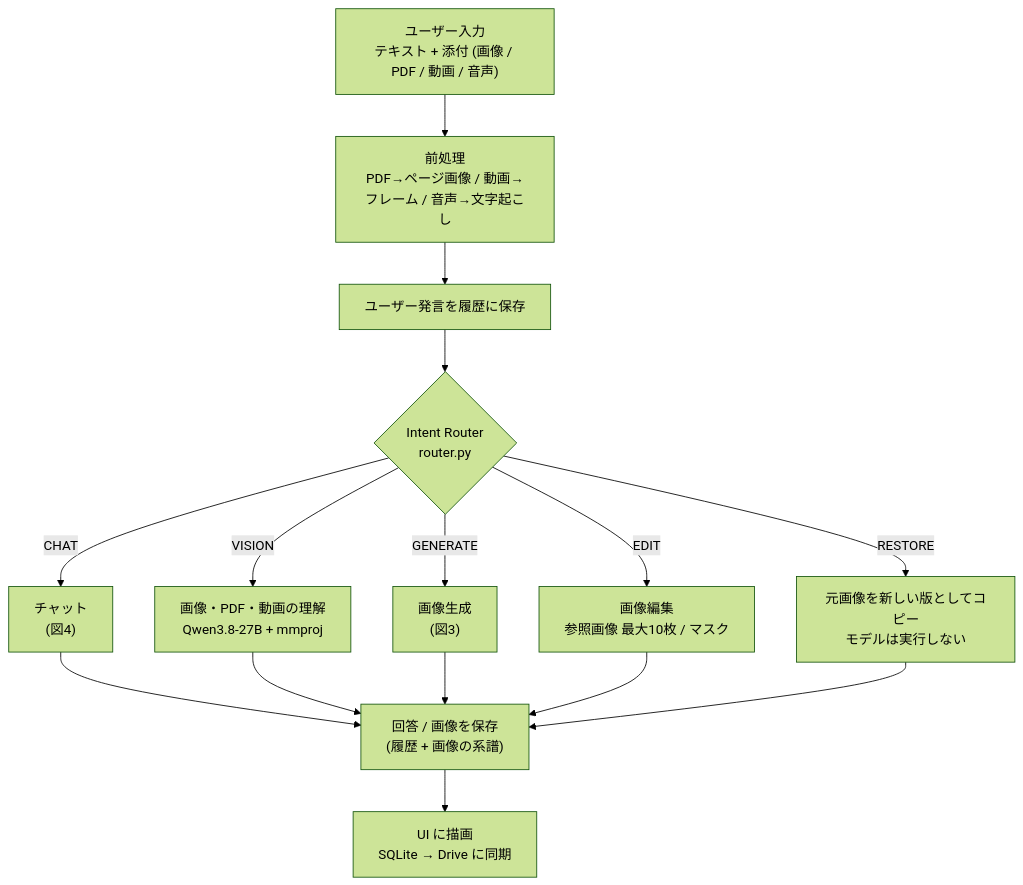
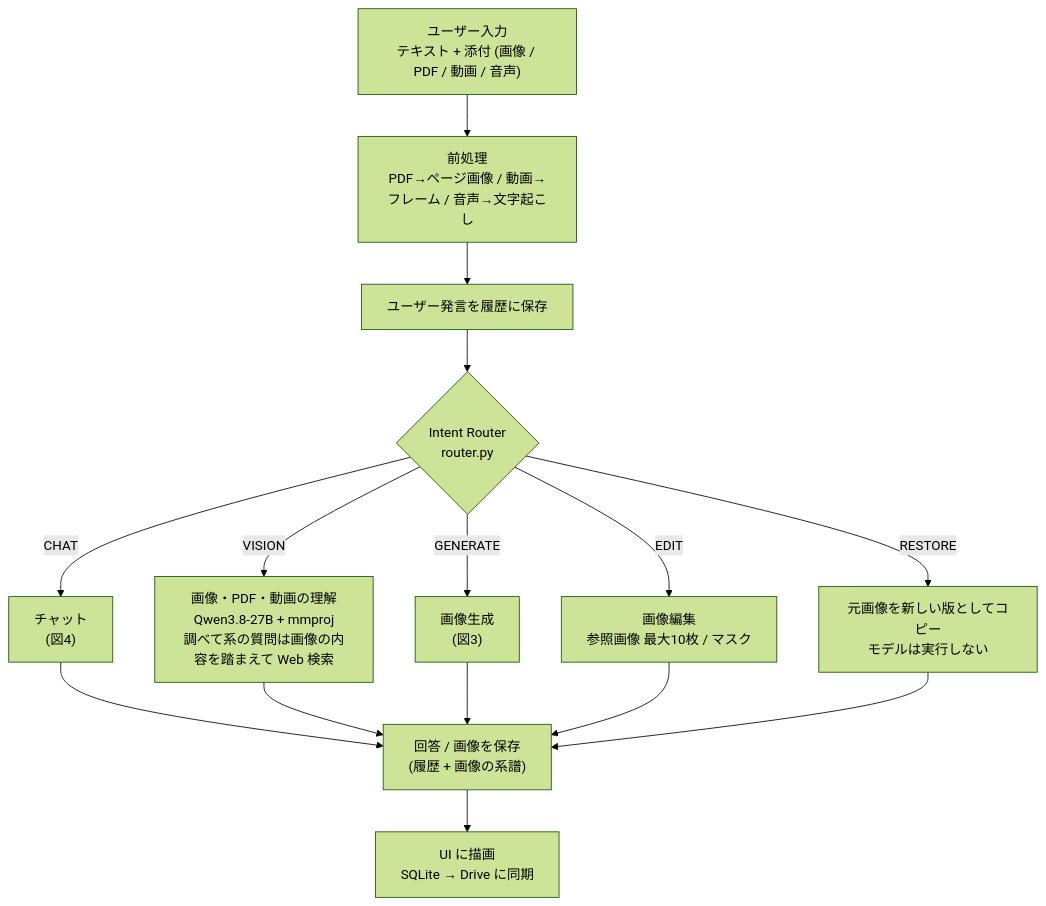
One commit to moruku36/qwen-multimodal changed the second of 7 diagrams in docs/architecture.md. Above: the diagram before and after it, drawn with Mermaid (forest theme). The commit also changed other lines of this file and 9 other files, not shown here.

````diff
--- a/docs/architecture.md
+++ b/docs/architecture.md
@@ -71,19 +71,19 @@
 ```mermaid
 flowchart TD
     IN["ユーザー入力<br/>テキスト + 添付 (画像 / PDF / 動画 / 音声)"] --> PRE["前処理<br/>PDF→ページ画像 / 動画→フレーム / 音声→文字起こし"]
     PRE --> SAVE["ユーザー発言を履歴に保存"]
     SAVE --> R{"Intent Router<br/>router.py"}
 
     R -->|CHAT| CHAT["チャット<br/>(図4)"]
-    R -->|VISION| VIS["画像・PDF・動画の理解<br/>Qwen3.8-27B + mmproj"]
+    R -->|VISION| VIS["画像・PDF・動画の理解<br/>Qwen3.8-27B + mmproj<br/>調べて系の質問は画像の内容を踏まえて Web 検索"]
     R -->|GENERATE| GEN["画像生成<br/>(図3)"]
     R -->|EDIT| EDT["画像編集<br/>参照画像 最大10枚 / マスク"]
     R -->|RESTORE| RES["元画像を新しい版としてコピー<br/>モデルは実行しない"]
 
     CHAT --> OUT
     VIS --> OUT
     GEN --> OUT
     EDT --> OUT
     RES --> OUT
     OUT["回答 / 画像を保存<br/>(履歴 + 画像の系譜)"] --> DONE["UI に描画<br/>SQLite → Drive に同期"]
 ```
````
